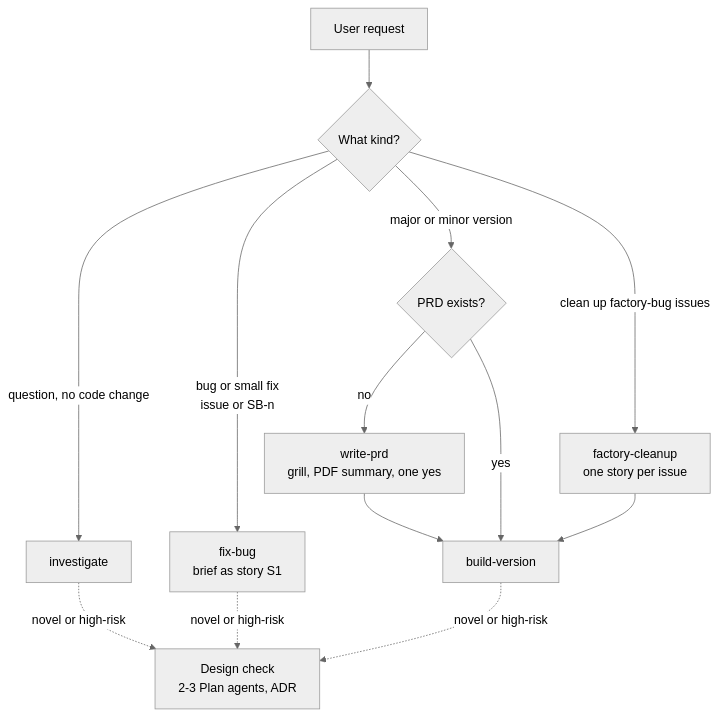
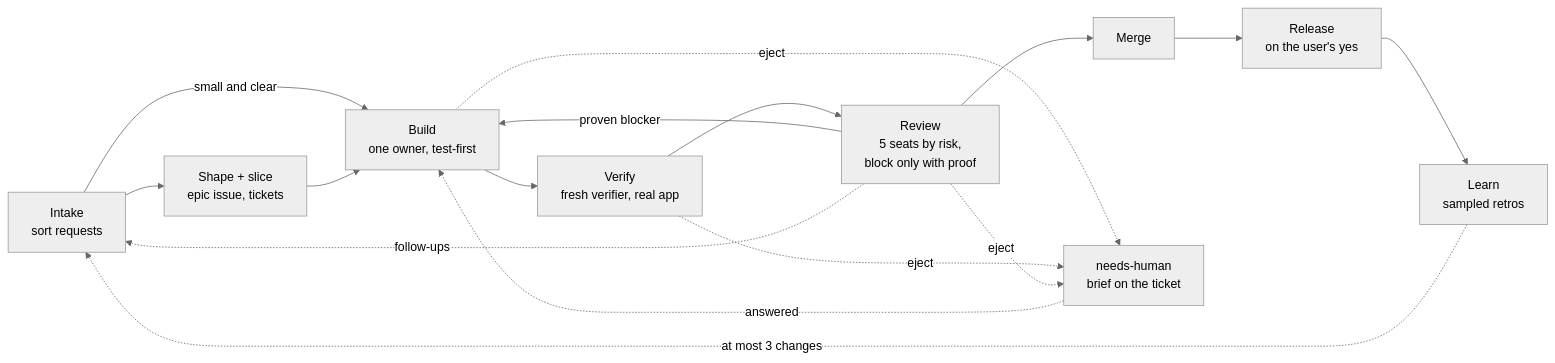
The second of 5 diagrams in docs/workflow.md (Sherlock64/zeni), drawn with Mermaid (neutral theme) before and after one commit. The commit also changed other lines of this file and 62 other files, not shown here.

First line of the commit message:
v7.2.1: factory workflow and epic roadmap

````diff
--- a/docs/workflow.md
+++ b/docs/workflow.md
@@ -7,15 +22,16 @@
 ```mermaid
-flowchart TD
-  Req["User request"] --> Q{"What kind?"}
-  Q -- "question, no code change" --> Inv["investigate"]
-  Q -- "bug or small fix<br/>issue or SB-n" --> Fix["fix-bug<br/>brief as story S1"]
-  Q -- "clean up factory-bug issues" --> FC["factory-cleanup<br/>one story per issue"]
-  Q -- "major or minor version" --> HasPRD{"PRD exists?"}
-  HasPRD -- no --> WP["write-prd<br/>grill, PDF summary, one yes"]
-  WP --> BV
-  HasPRD -- yes --> BV["build-version"]
-  FC --> BV
-  Inv -. "novel or high-risk" .-> DC["Design check<br/>2-3 Plan agents, ADR"]
-  Fix -. "novel or high-risk" .-> DC
-  BV -. "novel or high-risk" .-> DC
+flowchart LR
+  IN["Intake<br/>sort requests"] --> SH["Shape + slice<br/>epic issue, tickets"]
+  IN -- "small and clear" --> BU
+  SH --> BU["Build<br/>one owner, test-first"]
+  BU --> VE["Verify<br/>fresh verifier, real app"]
+  VE --> RV["Review<br/>5 seats by risk,<br/>block only with proof"]
+  RV -- "proven blocker" --> BU
+  RV --> ME["Merge"]
+  ME --> RE["Release<br/>on the user's yes"]
+  RE --> LE["Learn<br/>sampled retros"]
+  LE -. "at most 3 changes" .-> IN
+  RV -. "follow-ups" .-> IN
+  BU & VE & RV -. "eject" .-> NH["needs-human<br/>brief on the ticket"]
+  NH -. "answered" .-> BU
 ```
````
